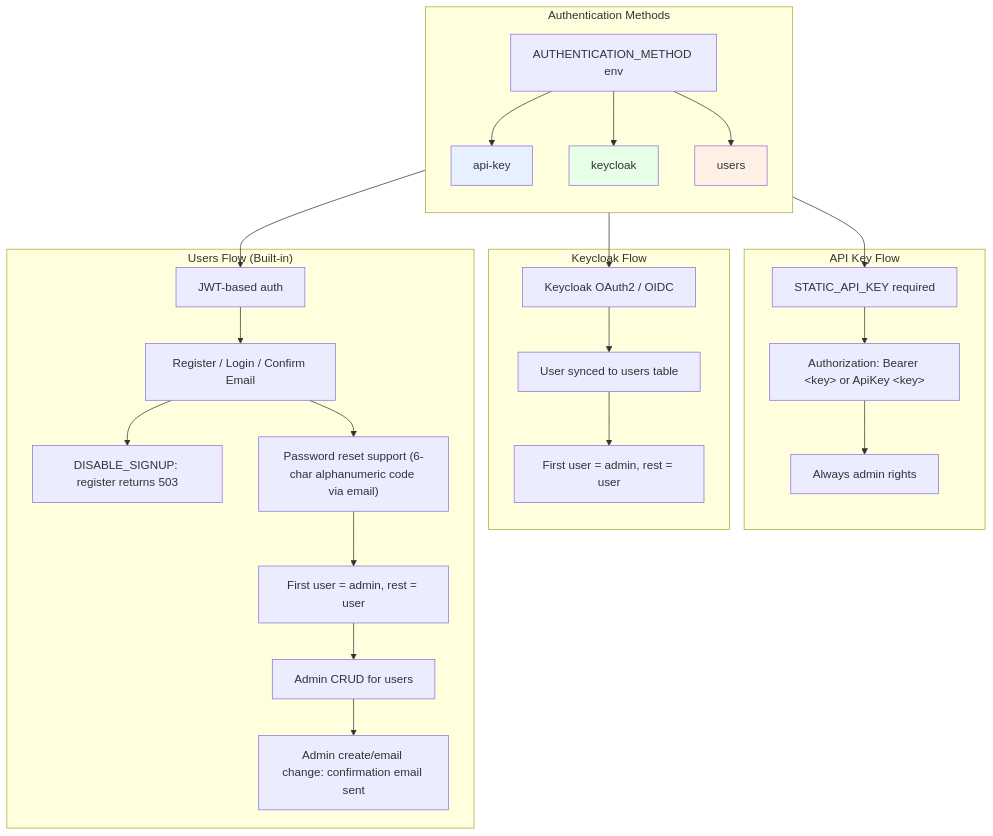
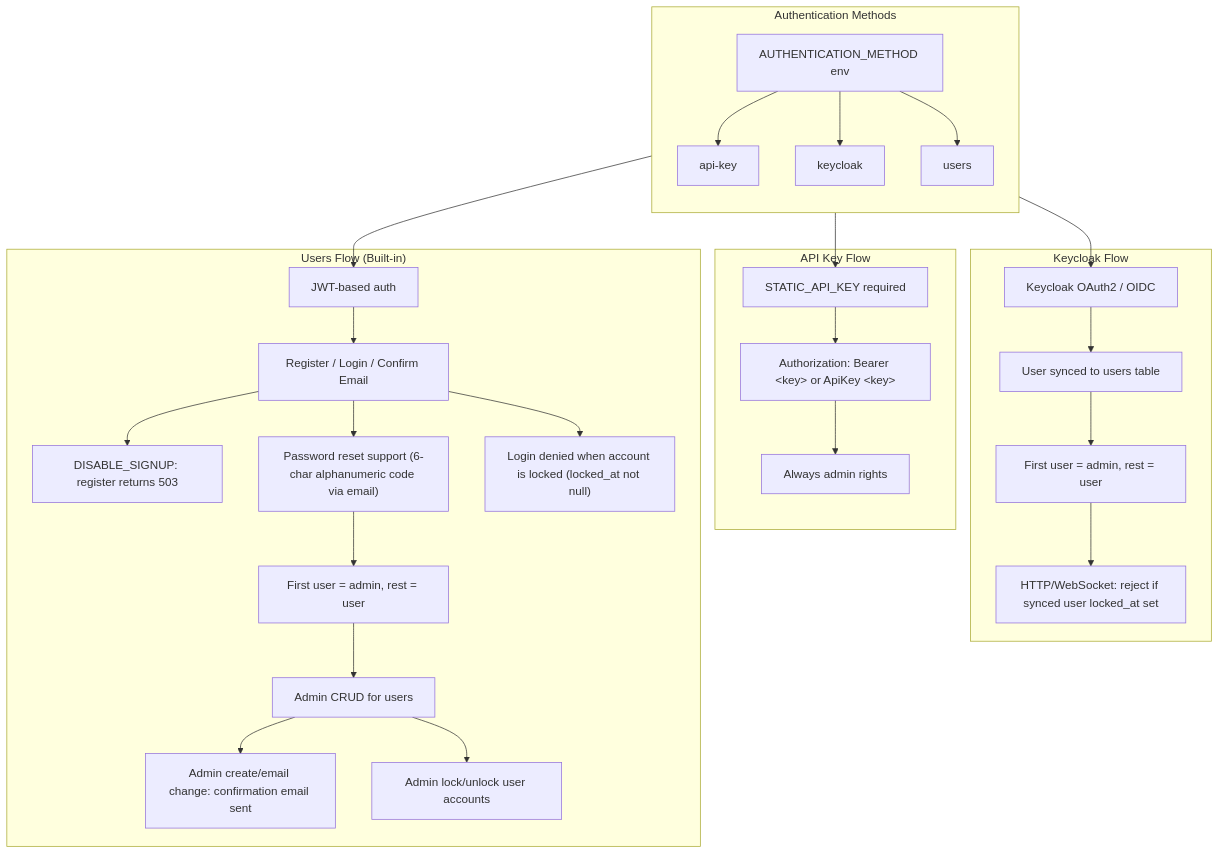
Before and after one commit to forepath/agenstra: the diagram in libs/domains/framework/backend/feature-agent-controller/docs/authentication.mmd, drawn with Mermaid. The commit also changed 36 other files, not shown here.

```diff
--- a/libs/domains/framework/backend/feature-agent-controller/docs/authentication.mmd
+++ b/libs/domains/framework/backend/feature-agent-controller/docs/authentication.mmd
@@ -1,34 +1,33 @@
 flowchart TB
     subgraph AUTH["Authentication Methods"]
         direction TB
         AUTH_METHOD["AUTHENTICATION_METHOD env"]
         AUTH_METHOD --> API_KEY["api-key"]
         AUTH_METHOD --> KEYCLOAK["keycloak"]
         AUTH_METHOD --> USERS["users"]
     end
 
     subgraph API_KEY_FLOW["API Key Flow"]
         API_KEY --> AK1["STATIC_API_KEY required"]
         AK1 --> AK2["Authorization: Bearer &lt;key&gt; or ApiKey &lt;key&gt;"]
         AK2 --> AK3["Always admin rights"]
     end
 
     subgraph KEYCLOAK_FLOW["Keycloak Flow"]
         KEYCLOAK --> KC1["Keycloak OAuth2 / OIDC"]
         KC1 --> KC2["User synced to users table"]
         KC2 --> KC3["First user = admin, rest = user"]
+        KC3 --> KC4["HTTP/WebSocket: reject if synced user locked_at set"]
     end
 
     subgraph USERS_FLOW["Users Flow (Built-in)"]
         USERS --> UF1["JWT-based auth"]
         UF1 --> UF2["Register / Login / Confirm Email"]
         UF2 --> UF2a["DISABLE_SIGNUP: register returns 503"]
         UF2 --> UF3["Password reset support (6-char alphanumeric code via email)"]
         UF3 --> UF4["First user = admin, rest = user"]
         UF4 --> UF5["Admin CRUD for users"]
         UF5 --> UF6["Admin create/email change: confirmation email sent"]
+        UF5 --> UF7["Admin lock/unlock user accounts"]
+        UF2 --> UF8["Login denied when account is locked (locked_at not null)"]
     end
-
-    style API_KEY fill:#e6f0ff
-    style KEYCLOAK fill:#e6ffe6
-    style USERS fill:#fff0e6
```
